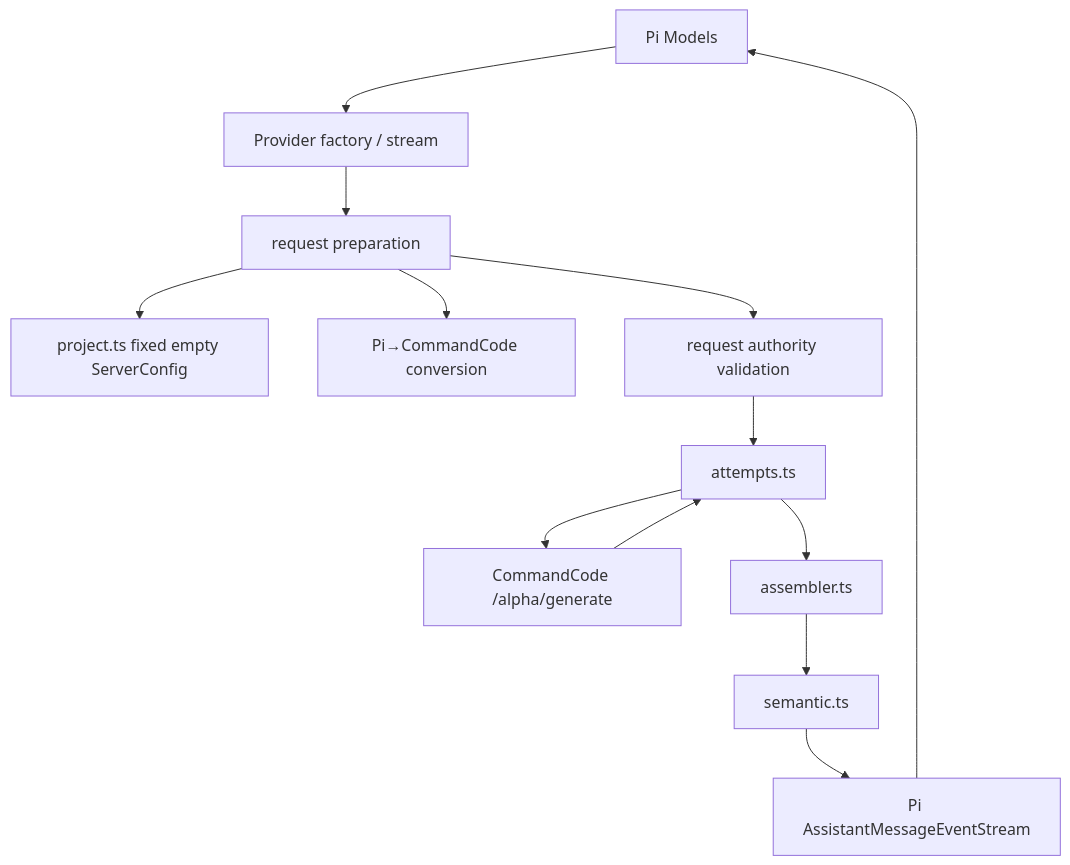
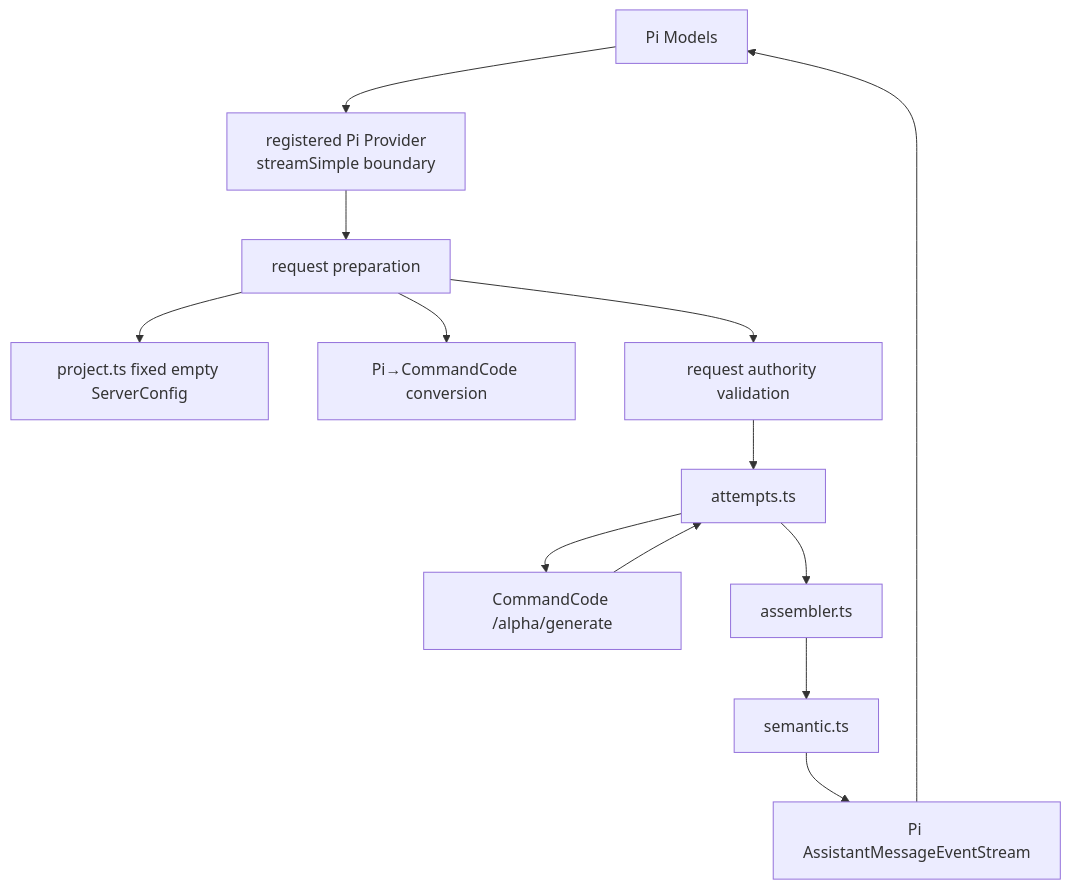
One commit to keeplearning2026/LuckyToken changed diagram 13 of 19 in doc/TokenArchitecture.md. Above: the diagram before and after it, drawn with Mermaid. The commit also changed other lines of this file and 1358 other files, not shown here.

````diff
--- a/doc/TokenArchitecture.md
+++ b/doc/TokenArchitecture.md
@@ -1956,15 +1971,15 @@
 ```mermaid
 flowchart TD
-    Models["Pi Models"] --> Provider["Provider factory / stream"]
+    Models["Pi Models"] --> Provider["registered Pi Provider<br/>streamSimple boundary"]
     Provider --> Prep["request preparation"]
     Prep --> Config["project.ts fixed empty ServerConfig"]
     Prep --> Convert["Pi→CommandCode conversion"]
     Prep --> Validate["request authority validation"]
     Validate --> Attempts["attempts.ts"]
     Attempts --> Wire["CommandCode /alpha/generate"]
     Wire --> Attempts
     Attempts --> Assembler["assembler.ts"]
     Assembler --> Semantic["semantic.ts"]
     Semantic --> Stream["Pi AssistantMessageEventStream"]
     Stream --> Models
 ```
````
